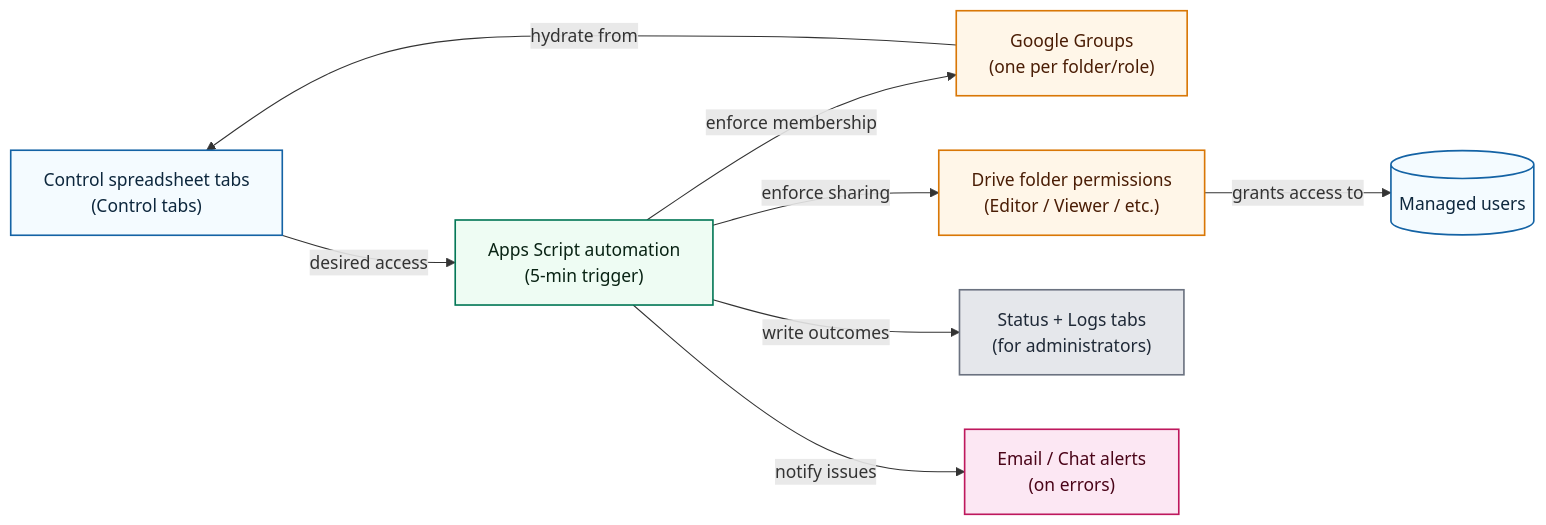
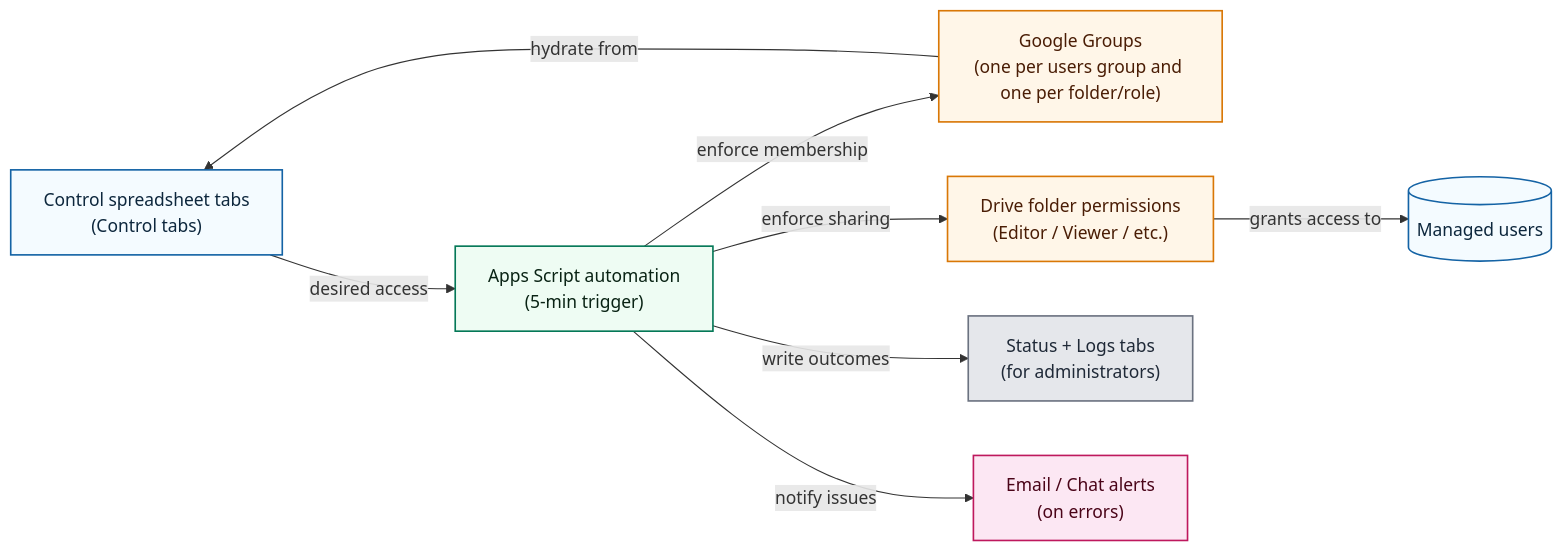
The diagram in README.md (davidf9999/gdrive_permissions1), drawn with Mermaid before and after one commit. The commit also changed 2 other files, not shown here.

Commit message:
avoid logs upon restart of control spreadsheet

````diff
--- a/README.md
+++ b/README.md
@@ -107,27 +107,27 @@
 ```mermaid
 flowchart LR
   Control["Control spreadsheet tabs<br>(Control tabs)"]
   Script["Apps Script automation<br>(5-min trigger)"]
-  Groups["Google Groups<br>(one per folder/role)"]
+  Groups["Google Groups<br>(one per users group and one per folder/role)"]
   Drive["Drive folder permissions<br>(Editor / Viewer / etc.)"]
   Status["Status + Logs tabs<br>(for administrators)"]
   Alerts["Email / Chat alerts<br>(on errors)"]
  
   Control -- desired access --> Script
   Script -- enforce membership --> Groups
   Script -- enforce sharing --> Drive
   Groups -- hydrate from --> Control
   Drive -- grants access to --> Users[(Managed users)]
   Script -- write outcomes --> Status
   Script -- notify issues --> Alerts
 
   classDef default fill:#f4fbff,stroke:#1463a5,stroke-width:1.5px,color:#0d273d;
   classDef script fill:#eefcf3,stroke:#047857,color:#092314;
   classDef ws fill:#fff6e8,stroke:#d97706,color:#4a1d05;
   classDef status fill:#e5e7eb,stroke:#6b7280,color:#1f2937;
   classDef alerts fill:#fce7f3,stroke:#be185d,color:#4a0418;
   class Script script;
   class Groups,Drive ws;
   class Status status;
   class Alerts alerts;
 ```
````
